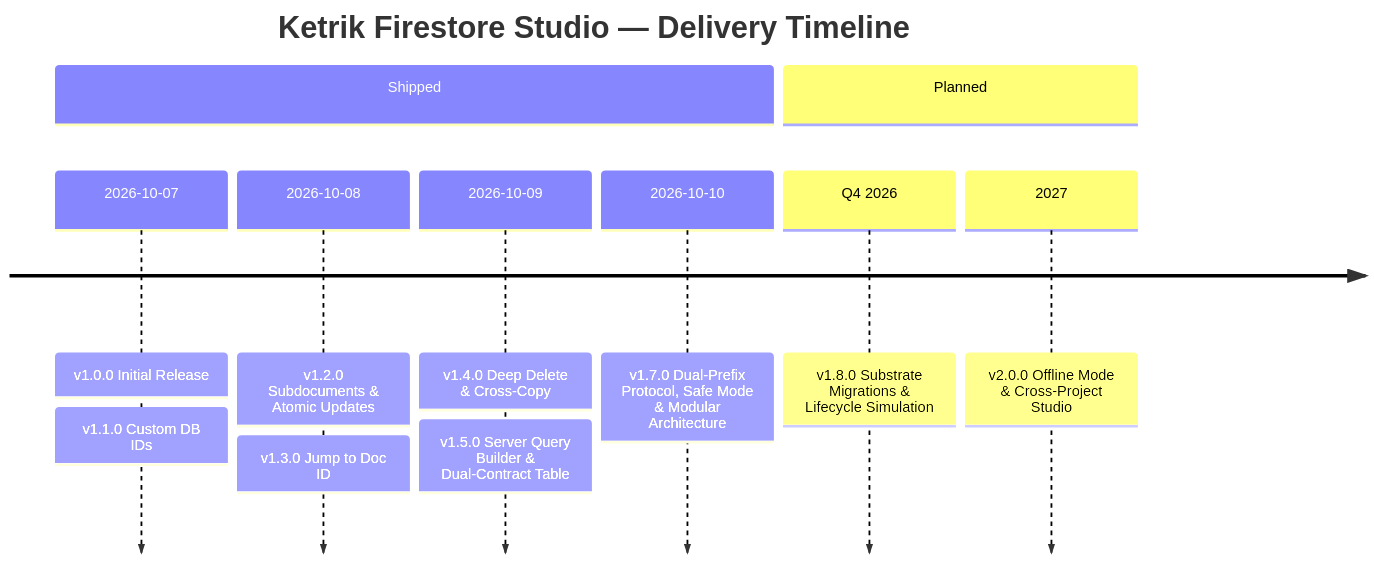
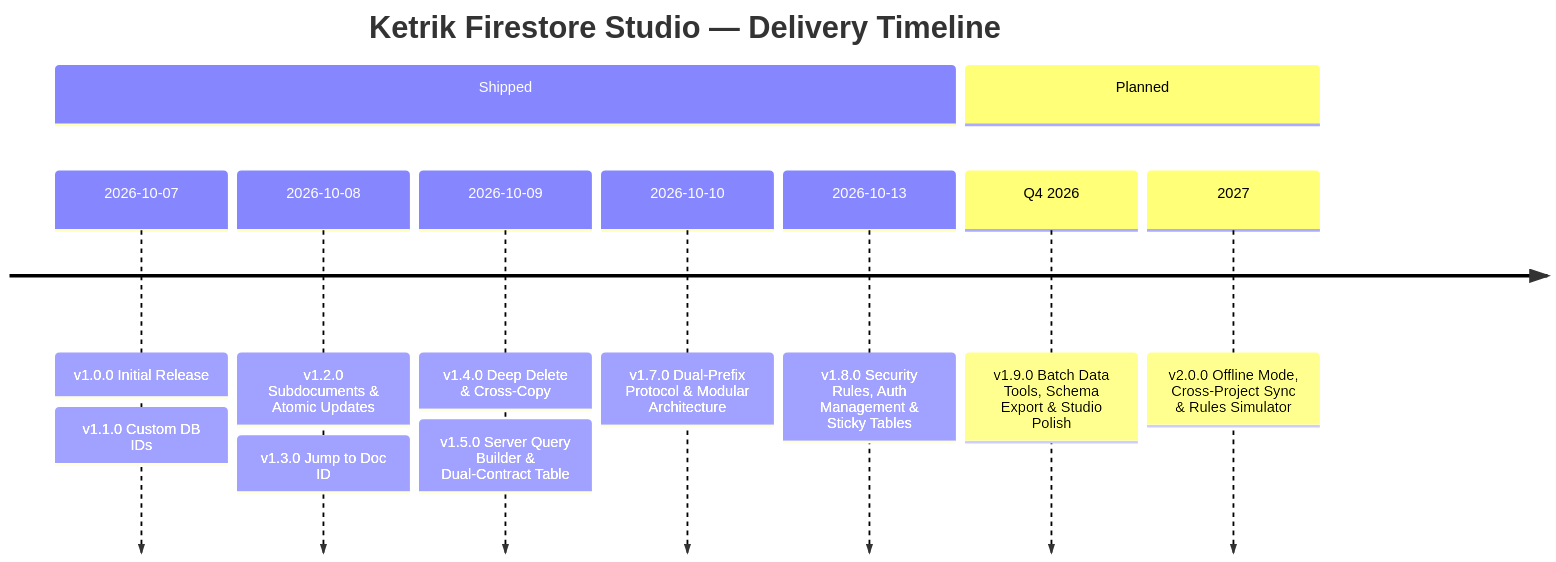
One commit to ketrik/ketrik-firestore-studio changed the diagram in ROADMAP.md. Above: the diagram before and after it, drawn with Mermaid. The commit also changed other lines of this file, not shown here.

Commit message:
docs: update roadmap with shipped v1.8.0 and planned v1.9.0 release

````diff
--- a/ROADMAP.md
+++ b/ROADMAP.md
@@ -5,12 +5,13 @@
 ```mermaid
 timeline
     title Ketrik Firestore Studio — Delivery Timeline
     section Shipped
         2026-10-07 : v1.0.0 Initial Release : v1.1.0 Custom DB IDs
         2026-10-08 : v1.2.0 Subdocuments & Atomic Updates : v1.3.0 Jump to Doc ID
         2026-10-09 : v1.4.0 Deep Delete & Cross-Copy : v1.5.0 Server Query Builder & Dual-Contract Table
-        2026-10-10 : v1.7.0 Dual-Prefix Protocol, Safe Mode & Modular Architecture
+        2026-10-10 : v1.7.0 Dual-Prefix Protocol & Modular Architecture
+        2026-10-13 : v1.8.0 Security Rules, Auth Management & Sticky Tables
     section Planned
-        Q4 2026 : v1.8.0 Substrate Migrations & Lifecycle Simulation
-        2027 : v2.0.0 Offline Mode & Cross-Project Studio
+        Q4 2026 : v1.9.0 Batch Data Tools, Schema Export & Studio Polish
+        2027 : v2.0.0 Offline Mode, Cross-Project Sync & Rules Simulator
 ```
````
